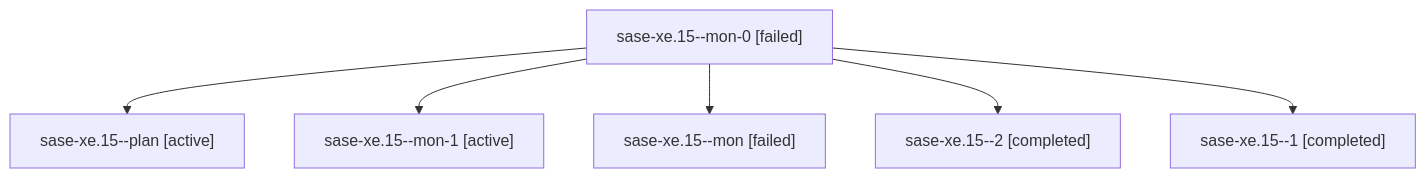
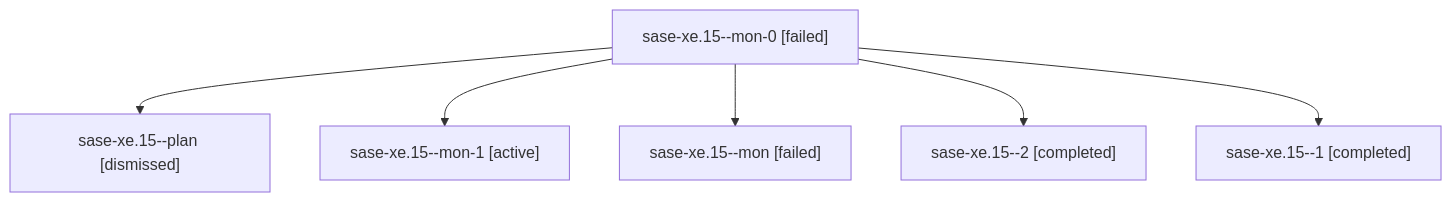
One commit to sase-org/sase--agents changed the diagram in sessions/bbugyi200.athena.sase-xe.15.md. Above: the diagram before and after it, drawn with Mermaid. The commit also changed other lines of this file and 277 other files, not shown here.

````diff
--- a/sessions/bbugyi200.athena.sase-xe.15.md
+++ b/sessions/bbugyi200.athena.sase-xe.15.md
@@ -9,14 +9,14 @@
 ```mermaid
 flowchart TD
   n0["sase-xe.15--mon-0 [failed]"]
-  n1["sase-xe.15--plan [active]"]
+  n1["sase-xe.15--plan [dismissed]"]
   n0 --> n1
   n2["sase-xe.15--mon-1 [active]"]
   n0 --> n2
   n3["sase-xe.15--mon [failed]"]
   n0 --> n3
   n4["sase-xe.15--2 [completed]"]
   n0 --> n4
   n5["sase-xe.15--1 [completed]"]
   n0 --> n5
 ```
````
